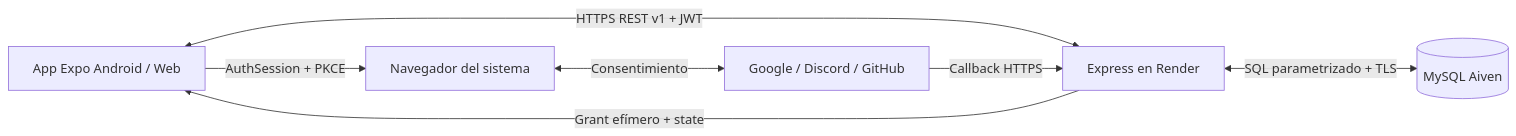
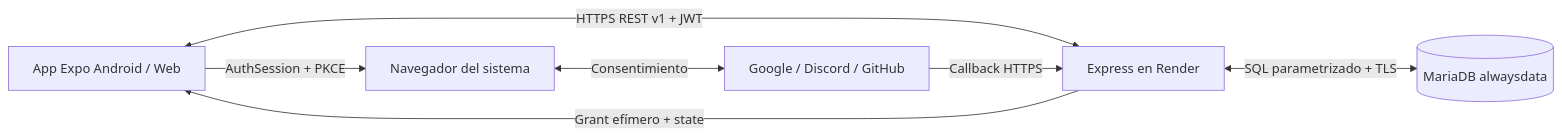
One commit to nehuenparrondo/lavadero-api changed the diagram in docs/architecture.md. Above: the diagram before and after it, drawn with Mermaid. The commit also changed other lines of this file and 6 other files, not shown here.

````diff
--- a/docs/architecture.md
+++ b/docs/architecture.md
@@ -54,9 +54,9 @@
 ```mermaid
 flowchart LR
   App[App Expo Android / Web] <-->|HTTPS REST v1 + JWT| API[Express en Render]
-  API <-->|SQL parametrizado + TLS| DB[(MySQL Aiven)]
+  API <-->|SQL parametrizado + TLS| DB[(MariaDB alwaysdata)]
   App -->|AuthSession + PKCE| Browser[Navegador del sistema]
   Browser <-->|Consentimiento| Providers[Google / Discord / GitHub]
   Providers -->|Callback HTTPS| API
   API -->|Grant efímero + state| App
 ```
````
